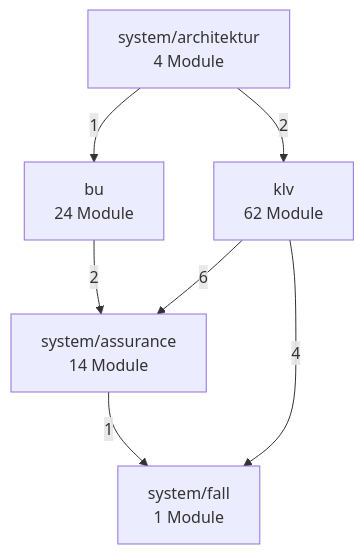
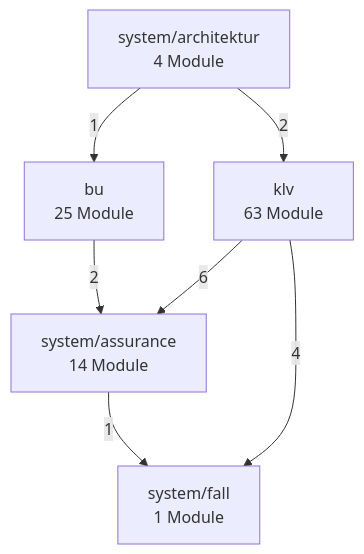
Before and after one commit to bartlmac/rechner-pipeline: the second of 3 diagrams in docs/architektur/landkarte.md, drawn with Mermaid. The commit also changed other lines of this file and 2 other files, not shown here.

````diff
--- a/docs/architektur/landkarte.md
+++ b/docs/architektur/landkarte.md
@@ -73,15 +74,15 @@
 ```mermaid
 %% Fachknoten — erzeugt von ontologie.landkarte
 flowchart TD
-    bu["bu<br/>24 Module"]
-    klv["klv<br/>62 Module"]
+    bu["bu<br/>25 Module"]
+    klv["klv<br/>63 Module"]
     system_architektur["system/architektur<br/>4 Module"]
     system_assurance["system/assurance<br/>14 Module"]
     system_fall["system/fall<br/>1 Module"]
     bu -- 2 --> system_assurance
     klv -- 6 --> system_assurance
     klv -- 4 --> system_fall
     system_architektur -- 1 --> bu
     system_architektur -- 2 --> klv
     system_assurance -- 1 --> system_fall
 ```
````
